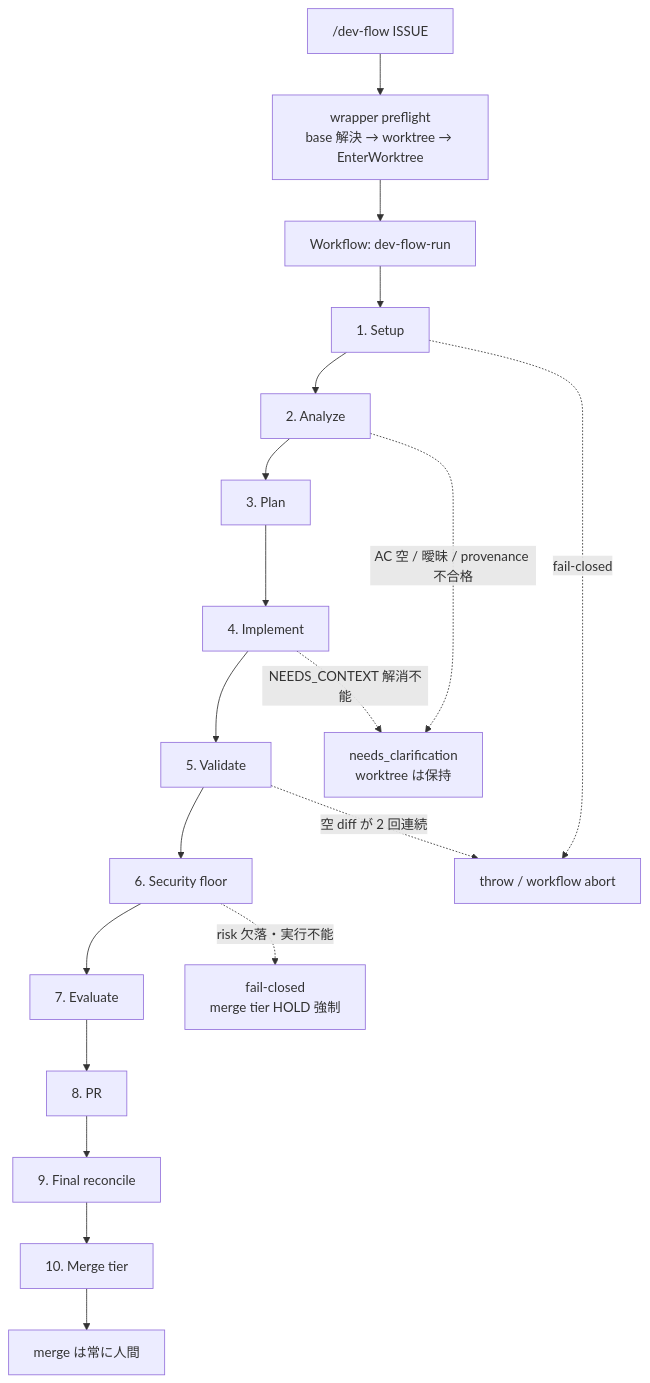
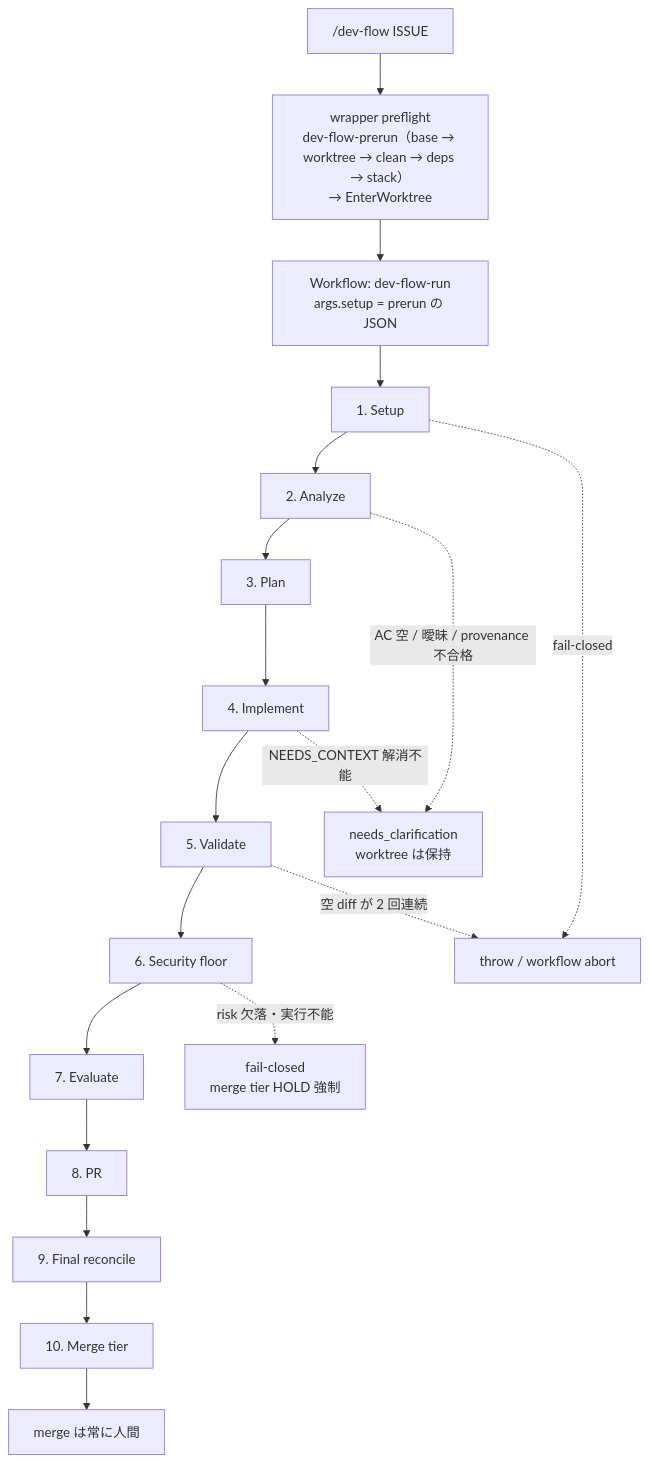
One commit to it-all-playpark/skills changed the first of 14 diagrams in docs/dev-flow-atlas.md. Above: the diagram before and after it, drawn with Mermaid. The commit also changed other lines of this file and 88 other files, not shown here.

First line of the commit message:
♻️ refactor: refactor(dev-flow): Setup phase の決定論処理（base 解決 / worktree / deps / cleanup）を wrapper の prerun script に移し、Setup の spawn を isolation-probe の 1 回にする (#641) (#646)

````diff
--- a/docs/dev-flow-atlas.md
+++ b/docs/dev-flow-atlas.md
@@ -35,22 +35,22 @@
 ```mermaid
 flowchart TD
-    U["/dev-flow ISSUE"] --> PF["wrapper preflight<br/>base 解決 → worktree → EnterWorktree"]
-    PF --> W["Workflow: dev-flow-run"]
+    U["/dev-flow ISSUE"] --> PF["wrapper preflight<br/>dev-flow-prerun（base → worktree → clean → deps → stack）<br/>→ EnterWorktree"]
+    PF --> W["Workflow: dev-flow-run<br/>args.setup = prerun の JSON"]
     W --> S["1. Setup"]
     S --> A["2. Analyze"]
     A --> P["3. Plan"]
     P --> I["4. Implement"]
     I --> V["5. Validate"]
     V --> SF["6. Security floor"]
     SF --> E["7. Evaluate"]
     E --> R["8. PR"]
     R --> FR["9. Final reconcile"]
     FR --> MT["10. Merge tier"]
     MT --> HU["merge は常に人間"]
 
     S -.->|"fail-closed"| AB["throw / workflow abort"]
     V -.->|"空 diff が 2 回連続"| AB
     A -.->|"AC 空 / 曖昧 / provenance 不合格"| NC["needs_clarification<br/>worktree は保持"]
     I -.->|"NEEDS_CONTEXT 解消不能"| NC
     SF -.->|"risk 欠落・実行不能"| FC["fail-closed<br/>merge tier HOLD 強制"]
 ```
````
